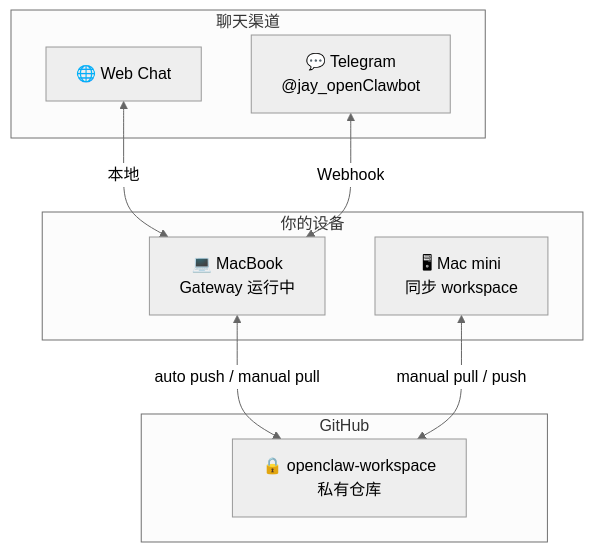
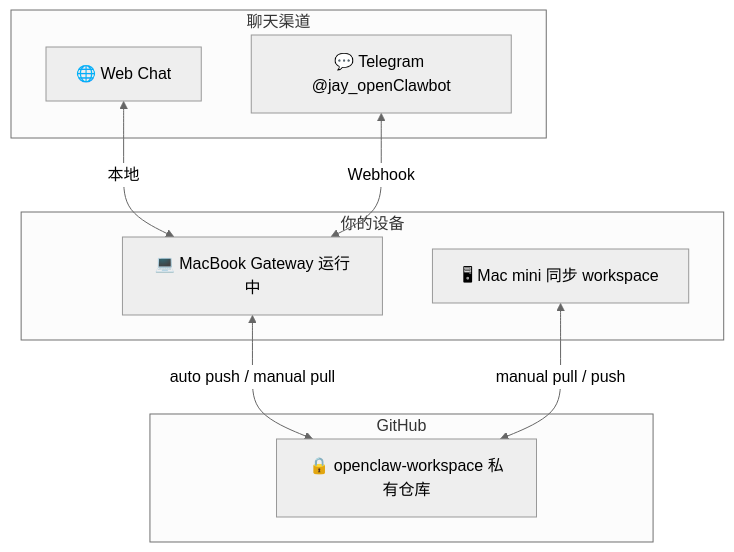
Before and after one commit to ildream/learnAI: the fourth of 4 diagrams in docs/openclaw/how-it-works.md, drawn with Mermaid (neutral theme). The commit also changed other lines of this file and 2 other files, not shown here.

Commit message:
fix: remove all \n from mermaid diagrams

````diff
--- a/docs/openclaw/how-it-works.md
+++ b/docs/openclaw/how-it-works.md
@@ -146,21 +146,21 @@
 ```mermaid
 graph TB
     subgraph 你的设备
-        Mac[💻 MacBook\nGateway 运行中]
-        Mini[🖥 Mac mini\n同步 workspace]
+        Mac[💻 MacBook Gateway 运行中]
+        Mini[🖥 Mac mini 同步 workspace]
     end
 
     subgraph 聊天渠道
         W[🌐 Web Chat]
-        T[💬 Telegram\n@jay_openClawbot]
+        T[💬 Telegram @jay_openClawbot]
     end
 
     subgraph GitHub
-        Repo[🔒 openclaw-workspace\n私有仓库]
+        Repo[🔒 openclaw-workspace 私有仓库]
     end
 
     W <-->|本地| Mac
     T <-->|Webhook| Mac
     Mac <-->|auto push / manual pull| Repo
     Mini <-->|manual pull / push| Repo
 ```
````
